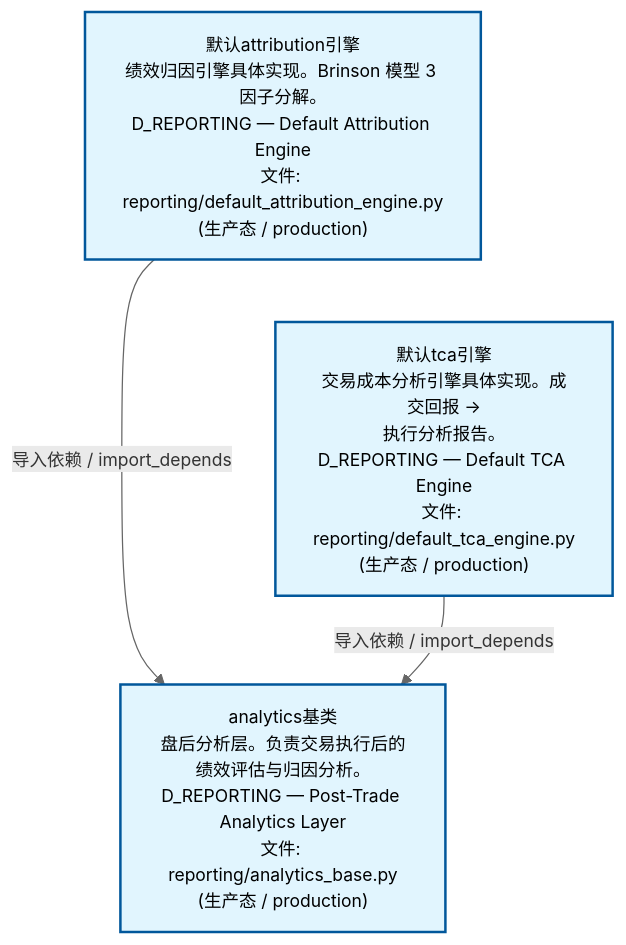
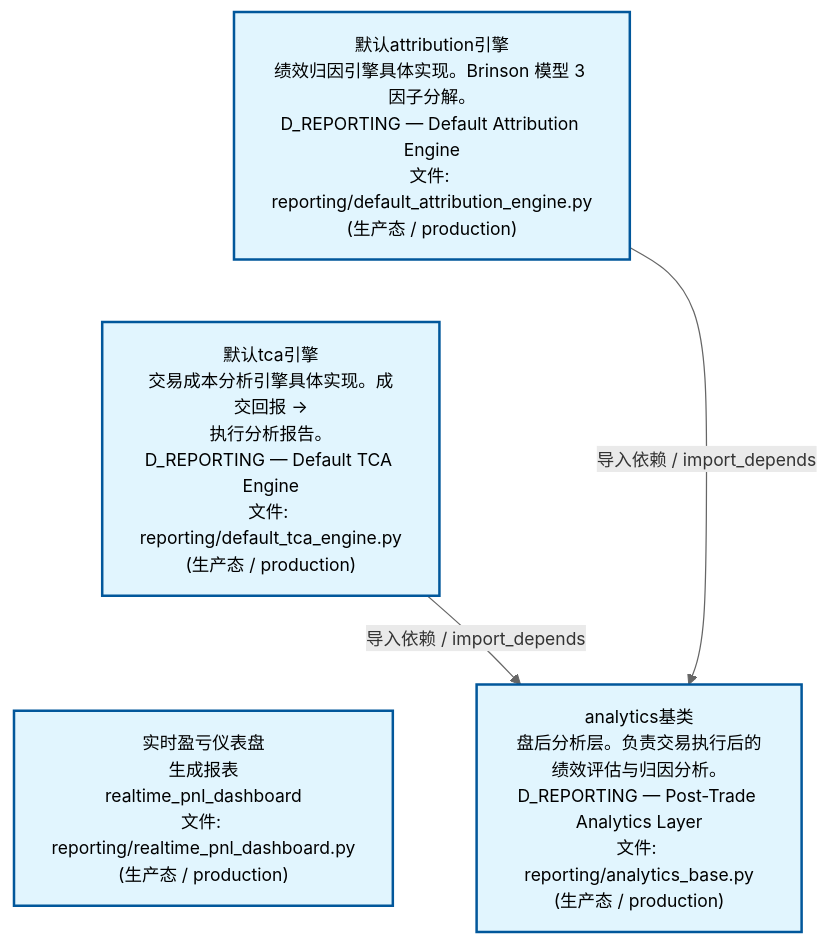
One commit to xuanFelixVan/ZephyrAlpha changed the second of 4 diagrams in docs/02_enterprise_architecture/02_domain_architecture_docs/26_d_reporting.md. Above: the diagram before and after it, drawn with Mermaid. The commit also changed other lines of this file and 46 other files, not shown here.

````diff
--- a/docs/02_enterprise_architecture/02_domain_architecture_docs/26_d_reporting.md
+++ b/docs/02_enterprise_architecture/02_domain_architecture_docs/26_d_reporting.md
@@ -117,15 +124,17 @@
 ```mermaid
 %%{init: {'theme': 'base', 'themeVariables': {'primaryColor': '#eaeaea', 'primaryTextColor': '#333333', 'primaryBorderColor': '#666666', 'lineColor': '#666666', 'secondaryColor': '#eaeaea', 'tertiaryColor': '#eaeaea', 'fontSize': '14px'}}}%%
 flowchart TD
     src_zephyr_reporting_default_attribution_engine_py["默认attribution引擎<br/>绩效归因引擎具体实现。Brinson 模型 3 因子分解。<br/>D_REPORTING — Default Attribution Engine<br/>文件: reporting/default_attribution_engine.py<br/>(生产态 / production)"]
     src_zephyr_reporting_default_tca_engine_py["默认tca引擎<br/>交易成本分析引擎具体实现。成交回报 -><br/>执行分析报告。<br/>D_REPORTING — Default TCA Engine<br/>文件: reporting/default_tca_engine.py<br/>(生产态 / production)"]
+    src_zephyr_reporting_realtime_pnl_dashboard_py["实时盈亏仪表盘<br/>生成报表<br/>realtime_pnl_dashboard<br/>文件: reporting/realtime_pnl_dashboard.py<br/>(生产态 / production)"]
     src_zephyr_reporting_default_attribution_engine_py ~~~ src_zephyr_reporting_default_tca_engine_py
+    src_zephyr_reporting_default_tca_engine_py ~~~ src_zephyr_reporting_realtime_pnl_dashboard_py
     src_zephyr_reporting_analytics_base_py["analytics基类<br/>盘后分析层。负责交易执行后的绩效评估与归因分析。<br/>D_REPORTING — Post-Trade Analytics Layer<br/>文件: reporting/analytics_base.py<br/>(生产态 / production)"]
+    src_zephyr_reporting_default_tca_engine_py -->|导入依赖 / import_depends| src_zephyr_reporting_analytics_base_py
     src_zephyr_reporting_default_attribution_engine_py -->|导入依赖 / import_depends| src_zephyr_reporting_analytics_base_py
-    src_zephyr_reporting_default_tca_engine_py -->|导入依赖 / import_depends| src_zephyr_reporting_analytics_base_py
     classDef production fill:#e1f5fe,stroke:#01579b,stroke-width:2px,color:#000
     classDef design fill:#fff3e0,stroke:#e65100,stroke-width:2px,color:#000,stroke-dasharray: 5 5
     classDef external_prod fill:#e8f4fd,stroke:#0277bd,stroke-width:1px,color:#000
     classDef external_design fill:#fff8e7,stroke:#ef6c00,stroke-width:1px,color:#000,stroke-dasharray: 5 5
-    class src_zephyr_reporting_analytics_base_py,src_zephyr_reporting_default_attribution_engine_py,src_zephyr_reporting_default_tca_engine_py production
+    class src_zephyr_reporting_analytics_base_py,src_zephyr_reporting_default_attribution_engine_py,src_zephyr_reporting_default_tca_engine_py,src_zephyr_reporting_realtime_pnl_dashboard_py production
 ```
````
